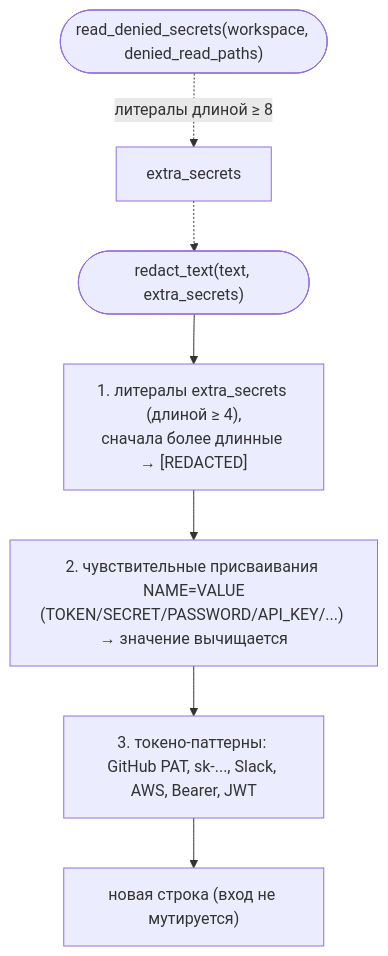
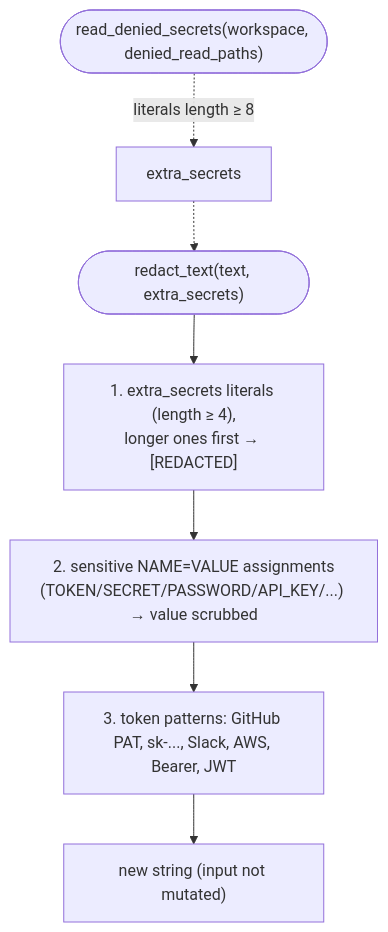
The diagram in docs/functional/blocks/B21-secret-redaction.md (VladimirMakarevich/wastech-orchestrator), drawn with Mermaid before and after one commit. The commit also changed other lines of this file and 41 other files, not shown here.

Commit message:
docs: translate system flows documentation from Russian to English, ensuring clarity and consistency in terminology. Update sequence diagrams and flowcharts to reflect the changes in language. Maintain the structure and references to blocks for ease of navigation.

````diff
--- a/docs/functional/blocks/B21-secret-redaction.md
+++ b/docs/functional/blocks/B21-secret-redaction.md
@@ -54,9 +54,9 @@
 ```mermaid
 flowchart TB
-    rt(["redact_text(text, extra_secrets)"]) --> l1["1. литералы extra_secrets (длиной ≥ 4),<br/>сначала более длинные → [REDACTED]"]
-    l1 --> l2["2. чувствительные присваивания NAME=VALUE<br/>(TOKEN/SECRET/PASSWORD/API_KEY/...) → значение вычищается"]
-    l2 --> l3["3. токено-паттерны: GitHub PAT, sk-..., Slack, AWS, Bearer, JWT"]
-    l3 --> out["новая строка (вход не мутируется)"]
-    rd(["read_denied_secrets(workspace, denied_read_paths)"]) -.->|"литералы длиной ≥ 8"| extra["extra_secrets"]
+    rt(["redact_text(text, extra_secrets)"]) --> l1["1. extra_secrets literals (length ≥ 4),<br/>longer ones first → [REDACTED]"]
+    l1 --> l2["2. sensitive NAME=VALUE assignments<br/>(TOKEN/SECRET/PASSWORD/API_KEY/...) → value scrubbed"]
+    l2 --> l3["3. token patterns: GitHub PAT, sk-..., Slack, AWS, Bearer, JWT"]
+    l3 --> out["new string (input not mutated)"]
+    rd(["read_denied_secrets(workspace, denied_read_paths)"]) -.->|"literals length ≥ 8"| extra["extra_secrets"]
     extra -.-> rt
 ```
````
